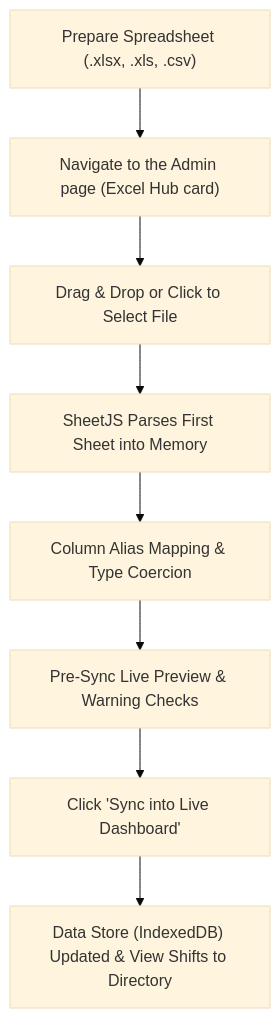
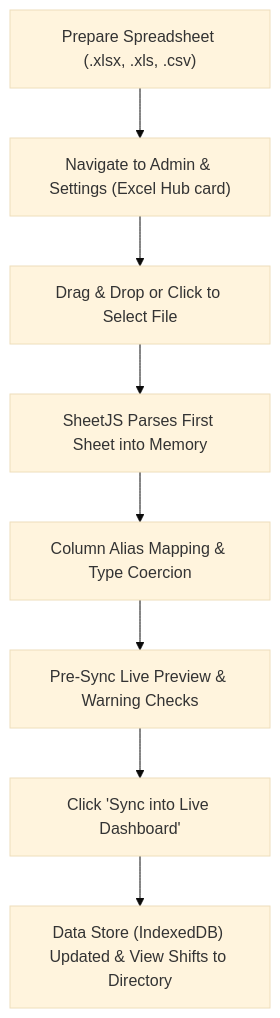
The diagram in docs/EXCEL_SHEET_HANDLING_GUIDE.md (Utharam/HR-Dashboard), drawn with Mermaid (base theme) before and after one commit. The commit also changed other lines of this file and 3 other files, not shown here.

Commit message:
docs: document console restructure, planner events and admin settings

````diff
--- a/docs/EXCEL_SHEET_HANDLING_GUIDE.md
+++ b/docs/EXCEL_SHEET_HANDLING_GUIDE.md
@@ -147,10 +147,10 @@
 ```mermaid
 flowchart TD
-    A["Prepare Spreadsheet (.xlsx, .xls, .csv)"] --> B["Navigate to the Admin page (Excel Hub card)"]
+    A["Prepare Spreadsheet (.xlsx, .xls, .csv)"] --> B["Navigate to Admin & Settings (Excel Hub card)"]
     B --> C["Drag & Drop or Click to Select File"]
     C --> D["SheetJS Parses First Sheet into Memory"]
     D --> E["Column Alias Mapping & Type Coercion"]
     E --> F["Pre-Sync Live Preview & Warning Checks"]
     F --> G["Click 'Sync into Live Dashboard'"]
     G --> H["Data Store (IndexedDB) Updated & View Shifts to Directory"]
 ```
````
